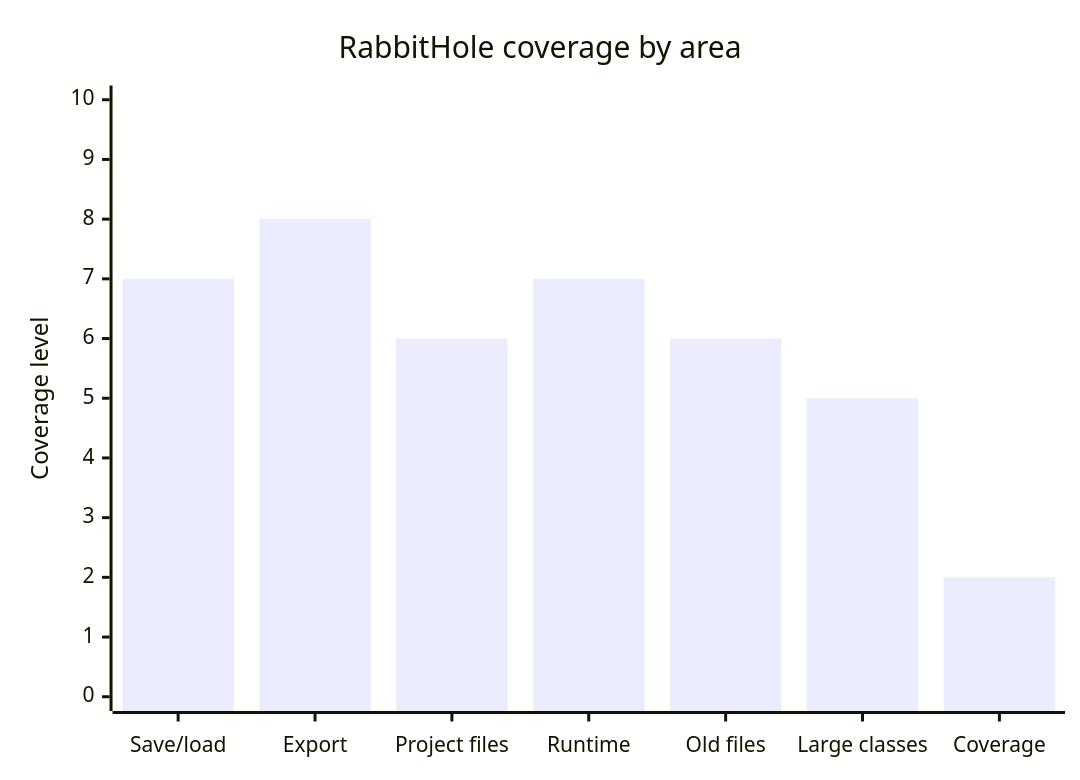
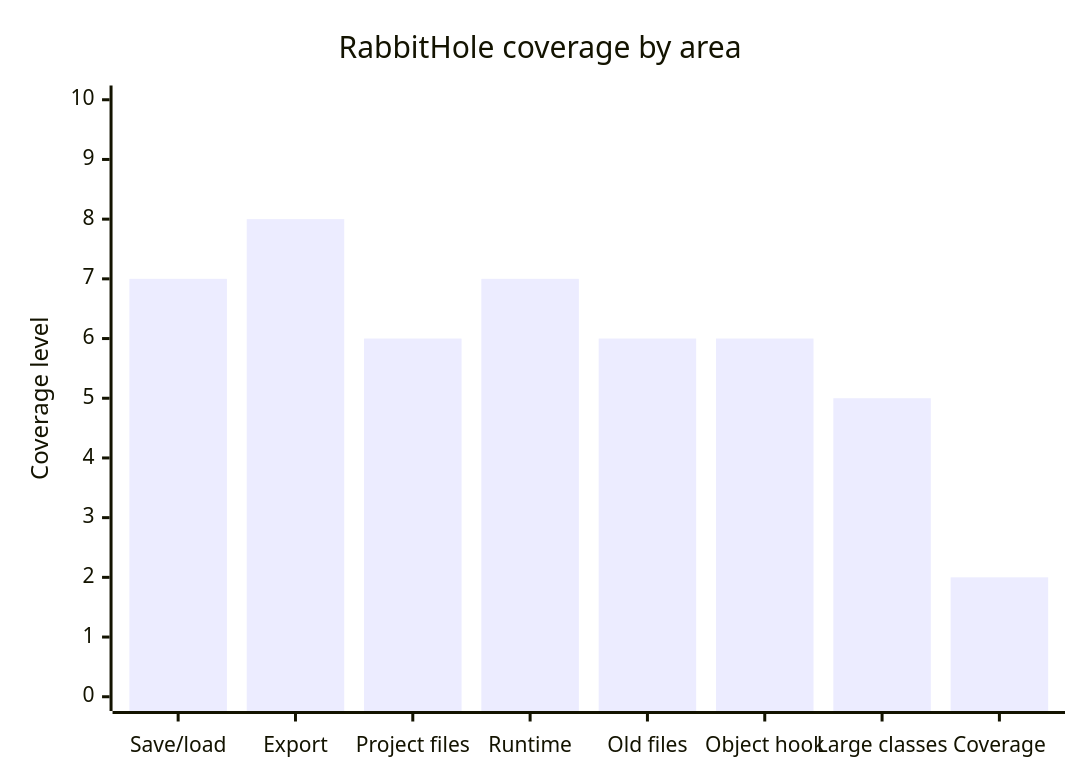
One commit to rysweet/drinkme changed the third of 6 diagrams in README.md. Above: the diagram before and after it, drawn with Mermaid. The commit also changed other lines of this file and 2 other files, not shown here.

First line of the commit message:
Update object placement hook status

````diff
--- a/README.md
+++ b/README.md
@@ -76,7 +77,7 @@
 ```mermaid
 xychart-beta
   title "RabbitHole coverage by area"
-  x-axis ["Save/load", "Export", "Project files", "Runtime", "Old files", "Large classes", "Coverage"]
+  x-axis ["Save/load", "Export", "Project files", "Runtime", "Old files", "Object hook", "Large classes", "Coverage"]
   y-axis "Coverage level" 0 --> 10
-  bar [7, 8, 6, 7, 6, 5, 2]
+  bar [7, 8, 6, 7, 6, 6, 5, 2]
 ```
````
